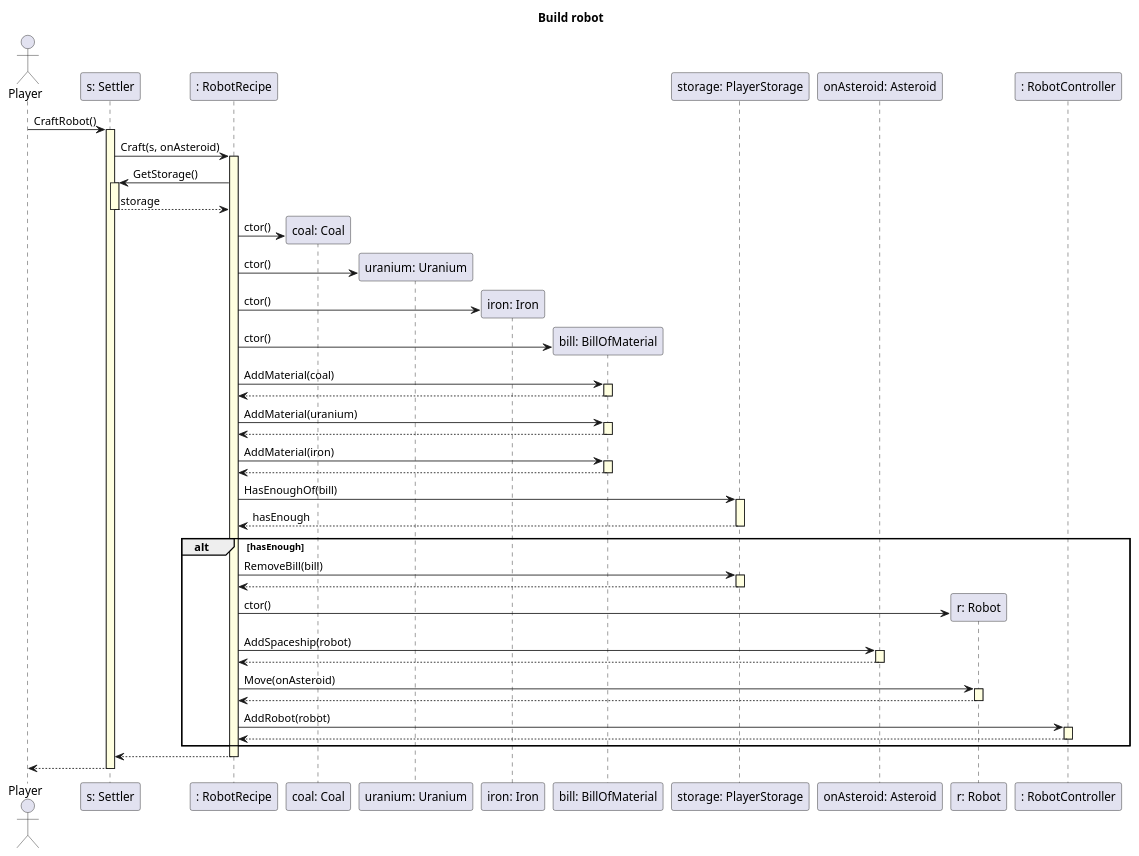
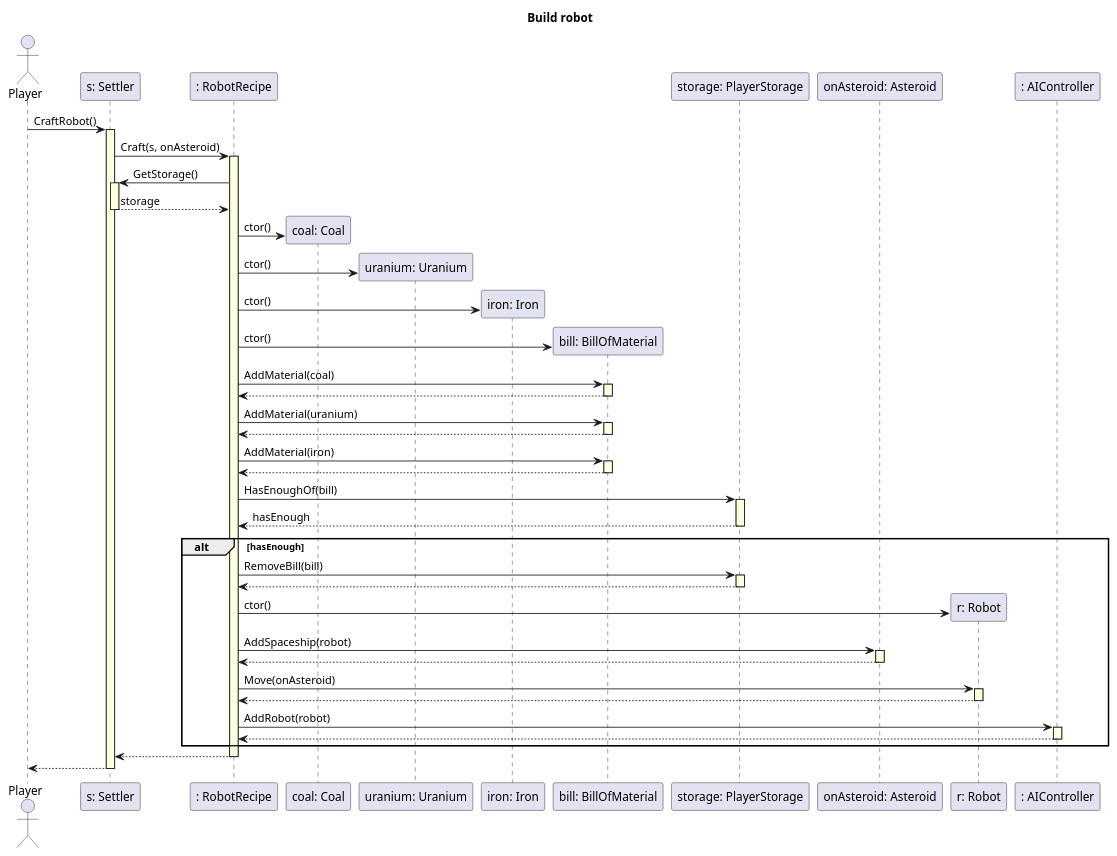
Before and after one commit to bbucsy/projlab_holy_oil: the diagram in uml/original_seq_diagrams/build_robot.plantuml, drawn with PlantUML. The commit also changed 9 other files, not shown here.

```diff
--- a/uml/original_seq_diagrams/build_robot.plantuml
+++ b/uml/original_seq_diagrams/build_robot.plantuml
@@ -1,61 +1,61 @@
 @startuml
 skinparam SequenceLifeLineBackgroundColor LightYellow
 
 title "Build robot"
 
 actor Player as US
 participant "s: Settler" as settler
 participant ": RobotRecipe" as robotRecipe
 participant "coal: Coal" as coal
 participant "uranium: Uranium" as uranium
 participant "iron: Iron" as iron
 participant "bill: BillOfMaterial" as bill
 participant "storage: PlayerStorage" as storage
 participant "onAsteroid: Asteroid" as onAsteroid
 participant "r: Robot" as robot
-participant ": RobotController" as controller
+participant ": AIController" as controller
 
 US -> settler ++ : CraftRobot()
 settler -> robotRecipe ++ : Craft(s, onAsteroid)
 
 robotRecipe -> settler ++ : GetStorage()
 return storage
 
 robotRecipe -> coal ** : ctor()
 robotRecipe -> uranium ** : ctor()
 robotRecipe -> iron ** : ctor()
 
 robotRecipe -> bill ** : ctor()
 robotRecipe -> bill ++ : AddMaterial(coal)
 return
 robotRecipe -> bill ++ : AddMaterial(uranium)
 return
 robotRecipe -> bill ++ : AddMaterial(iron)
 return
 
 robotRecipe -> storage ++ : HasEnoughOf(bill)
 storage --> robotRecipe -- : hasEnough
 
 alt hasEnough
 
     robotRecipe -> storage ++ : RemoveBill(bill)
     storage --> robotRecipe --
 
     robotRecipe -> robot ** : ctor()
 
     robotRecipe -> onAsteroid ++ : AddSpaceship(robot)
     onAsteroid --> robotRecipe --
 
     robotRecipe -> robot ++ : Move(onAsteroid)
     robot --> robotRecipe --
 
     robotRecipe -> controller ++ : AddRobot(robot)
     controller --> robotRecipe --
 
 end
 
 robotRecipe --> settler --
 
 settler --> US --
 
 @enduml
```
